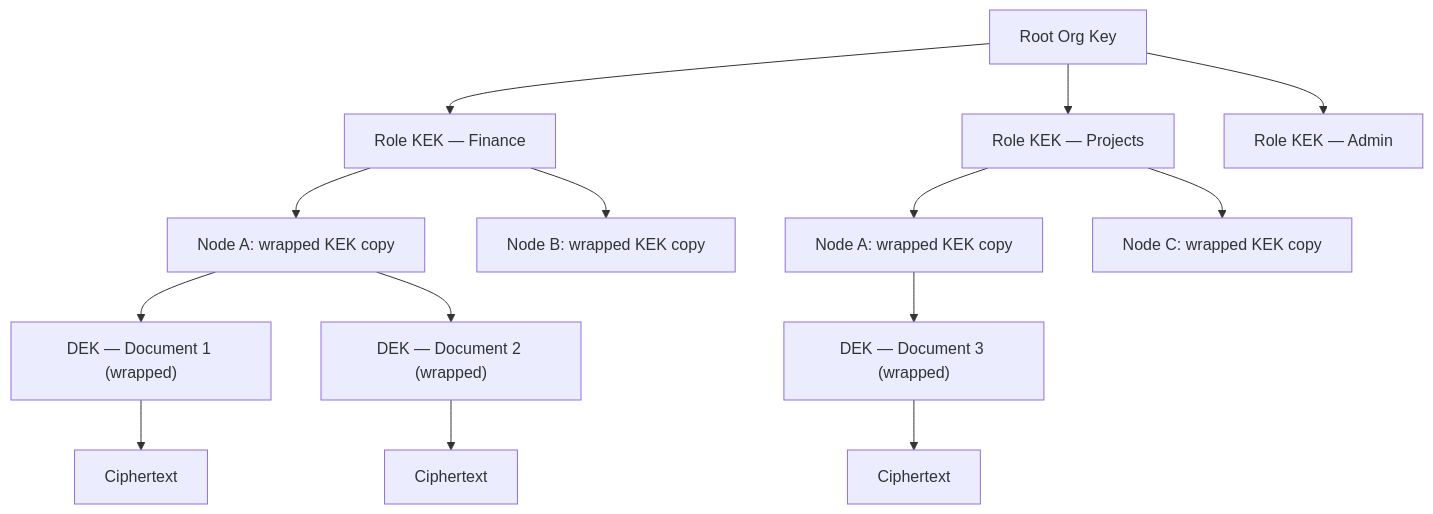
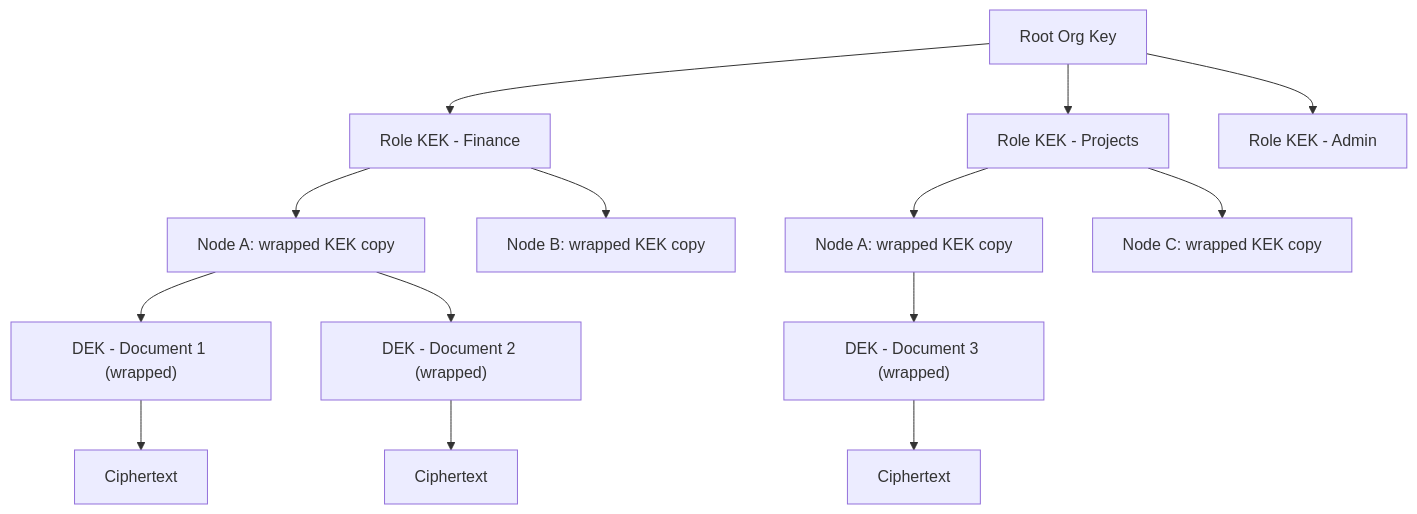
One commit to Harborline-Software/the-inverted-stack changed the diagram in vol-1/part-2-council-reads-the-paper/ch07-security-lens.md. Above: the diagram before and after it, drawn with Mermaid. The commit also changed other lines of this file and 376 other files, not shown here.

````diff
--- a/vol-1/part-2-council-reads-the-paper/ch07-security-lens.md
+++ b/vol-1/part-2-council-reads-the-paper/ch07-security-lens.md
@@ -68,16 +68,16 @@
 ```mermaid
 graph TD
-    A["Root Org Key"] --> B1["Role KEK — Finance"]
-    A --> B2["Role KEK — Projects"]
-    A --> B3["Role KEK — Admin"]
+    A["Root Org Key"] --> B1["Role KEK - Finance"]
+    A --> B2["Role KEK - Projects"]
+    A --> B3["Role KEK - Admin"]
     B1 --> C1["Node A: wrapped KEK copy"]
     B1 --> C2["Node B: wrapped KEK copy"]
     B2 --> C3["Node A: wrapped KEK copy"]
     B2 --> C4["Node C: wrapped KEK copy"]
-    C1 --> D1["DEK — Document 1 (wrapped)"]
-    C1 --> D2["DEK — Document 2 (wrapped)"]
-    C3 --> D3["DEK — Document 3 (wrapped)"]
+    C1 --> D1["DEK - Document 1 (wrapped)"]
+    C1 --> D2["DEK - Document 2 (wrapped)"]
+    C3 --> D3["DEK - Document 3 (wrapped)"]
     D1 --> E1["Ciphertext"]
     D2 --> E2["Ciphertext"]
     D3 --> E3["Ciphertext"]
 ```
````
